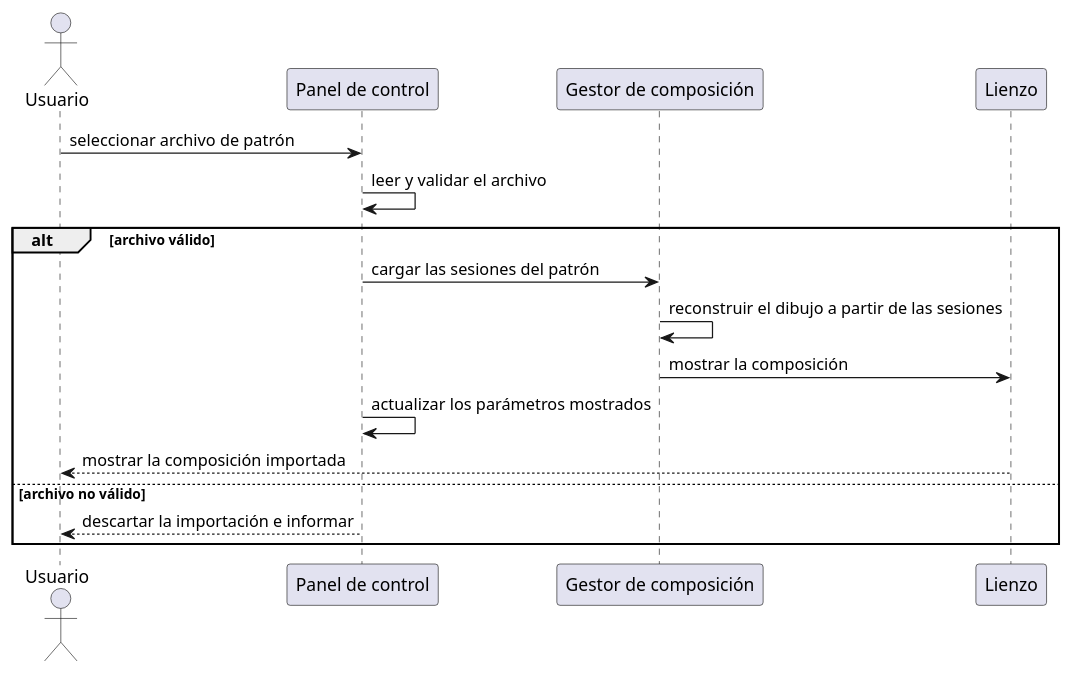
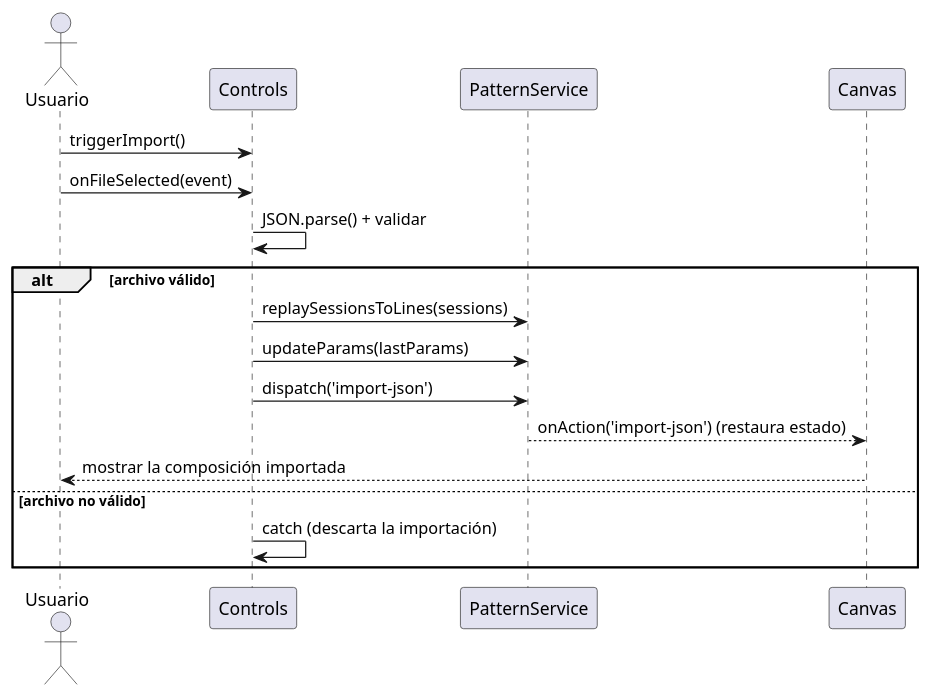
One commit to IgnacioMol/Epicycloid_generator changed the fourth of 5 diagrams in claude/memoria-cap5-diseno.md. Above: the diagram before and after it, drawn with PlantUML. The commit also changed other lines of this file and 1 other file, not shown here.

````diff
--- a/claude/memoria-cap5-diseno.md
+++ b/claude/memoria-cap5-diseno.md
@@ -204,21 +214,22 @@
 ```plantuml
 @startuml SecImportarPatronDiseno
 actor Usuario
-participant "Panel de control" as PC
-participant "Gestor de composición" as GC
-participant "Lienzo" as L
+participant "Controls" as C
+participant "PatternService" as PS
+participant "Canvas" as CV
 
-Usuario -> PC : seleccionar archivo de patrón
-PC -> PC : leer y validar el archivo
+Usuario -> C : triggerImport()
+Usuario -> C : onFileSelected(event)
+C -> C : JSON.parse() + validar
 
 alt archivo válido
-  PC -> GC : cargar las sesiones del patrón
-  GC -> GC : reconstruir el dibujo a partir de las sesiones
-  GC -> L : mostrar la composición
-  PC -> PC : actualizar los parámetros mostrados
-  L --> Usuario : mostrar la composición importada
+  C -> PS : replaySessionsToLines(sessions)
+  C -> PS : updateParams(lastParams)
+  C -> PS : dispatch('import-json')
+  PS --> CV : onAction('import-json') (restaura estado)
+  CV --> Usuario : mostrar la composición importada
 else archivo no válido
-  PC --> Usuario : descartar la importación e informar
+  C -> C : catch (descarta la importación)
 end
 @enduml
 ```
````
